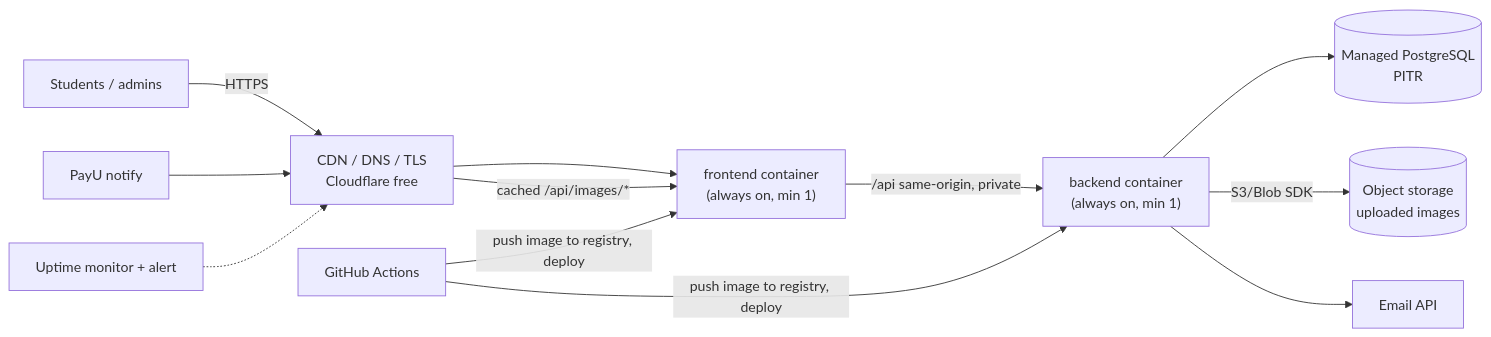
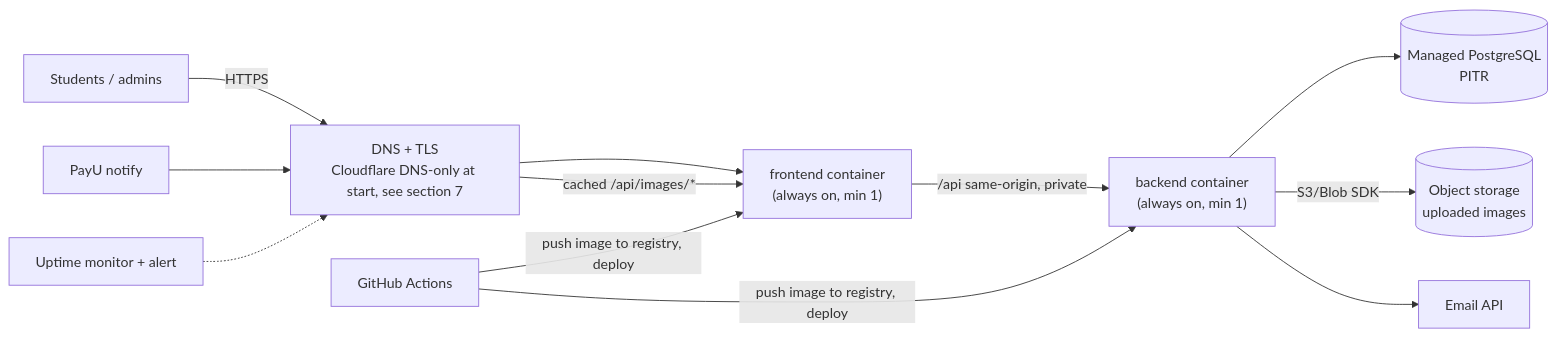
The third of 7 diagrams in docs/research/hosting.md (ESN-App/ESN-App), drawn with Mermaid before and after one commit. The commit also changed other lines of this file, not shown here.

````diff
--- a/docs/research/hosting.md
+++ b/docs/research/hosting.md
@@ -109,13 +111,13 @@
 ```mermaid
 flowchart LR
-  u[Students / admins] -->|HTTPS| cdn[CDN / DNS / TLS<br/>Cloudflare free]
+  u[Students / admins] -->|HTTPS| cdn[DNS + TLS<br/>Cloudflare DNS-only at start, see section 7]
   payu[PayU notify] --> cdn
   cdn --> web["frontend container<br/>(always on, min 1)"]
   web -->|/api same-origin, private| api["backend container<br/>(always on, min 1)"]
   api --> mpg[("Managed PostgreSQL<br/>PITR")]
   api -->|S3/Blob SDK| os[("Object storage<br/>uploaded images")]
   cdn -->|cached /api/images/*| web
   api --> mail[Email API]
   mon[Uptime monitor + alert] -.-> cdn
   gh[GitHub Actions] -->|push image to registry, deploy| web & api
 ```
````
